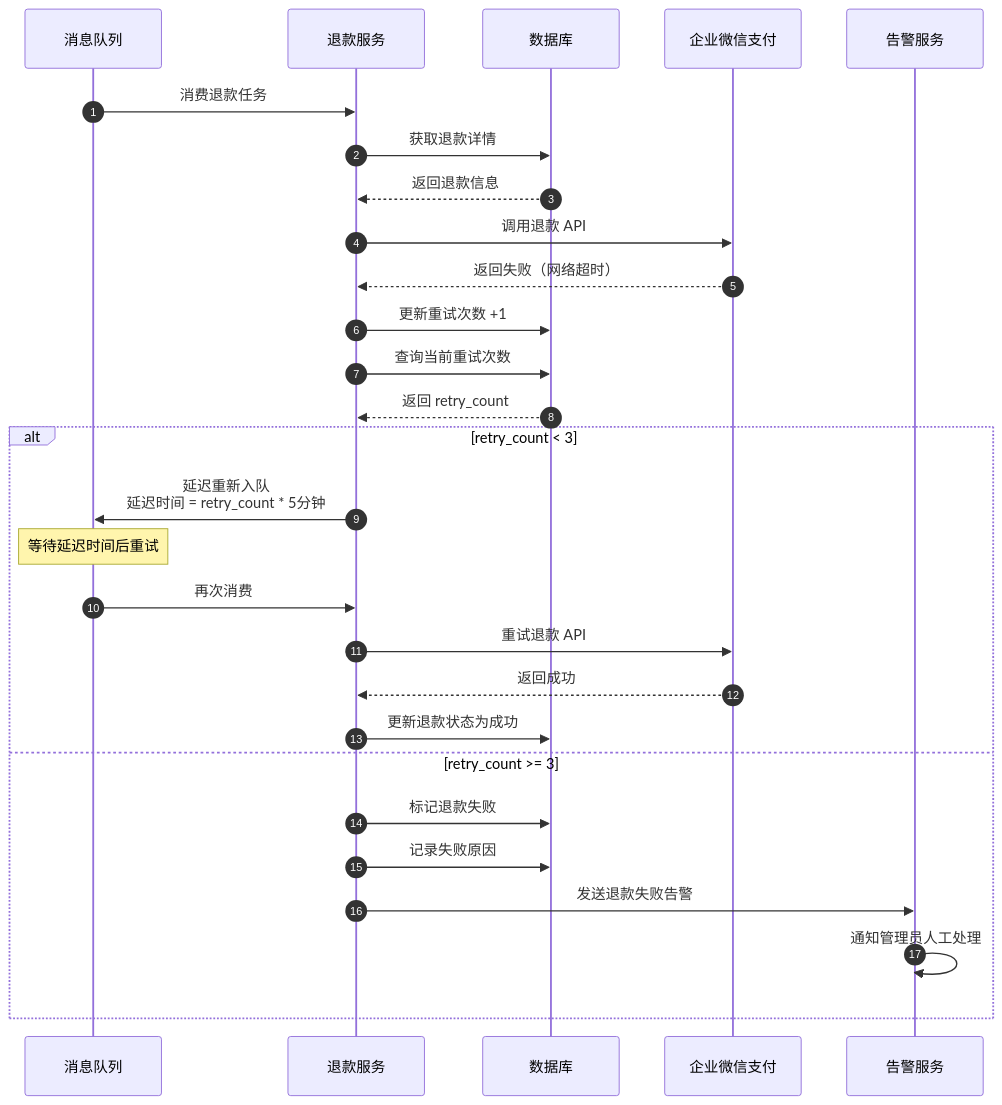
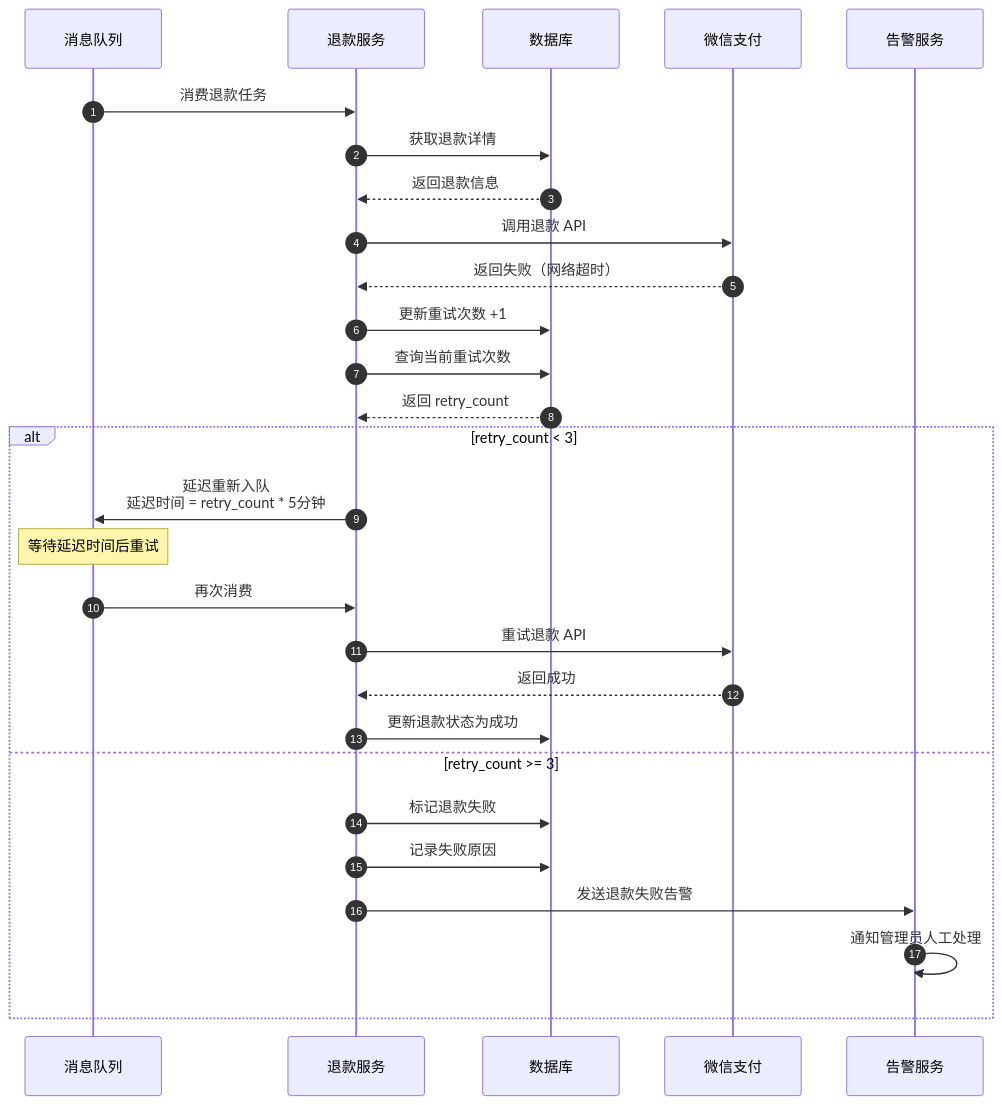
One commit to yiancode/AutoDepositRefundAgent changed diagram 27 of 54 in docs/v1/技术方案.md. Above: the diagram before and after it, drawn with Mermaid. The commit also changed other lines of this file and 4 other files, not shown here.

````diff
--- a/docs/v1/技术方案.md
+++ b/docs/v1/技术方案.md
@@ -1301,34 +1301,34 @@
 ```mermaid
 sequenceDiagram
     autonumber
     participant MQ as 消息队列
     participant Refund as 退款服务
     participant DB as 数据库
-    participant WX as 企业微信支付
+    participant WX as 微信支付
     participant Alert as 告警服务
 
     MQ->>Refund: 消费退款任务
     Refund->>DB: 获取退款详情
     DB-->>Refund: 返回退款信息
 
     Refund->>WX: 调用退款 API
     WX-->>Refund: 返回失败（网络超时）
 
     Refund->>DB: 更新重试次数 +1
     Refund->>DB: 查询当前重试次数
     DB-->>Refund: 返回 retry_count
 
     alt retry_count < 3
         Refund->>MQ: 延迟重新入队<br/>延迟时间 = retry_count * 5分钟
         Note over MQ: 等待延迟时间后重试
         MQ->>Refund: 再次消费
         Refund->>WX: 重试退款 API
         WX-->>Refund: 返回成功
         Refund->>DB: 更新退款状态为成功
     else retry_count >= 3
         Refund->>DB: 标记退款失败
         Refund->>DB: 记录失败原因
         Refund->>Alert: 发送退款失败告警
         Alert->>Alert: 通知管理员人工处理
     end
 ```
````
